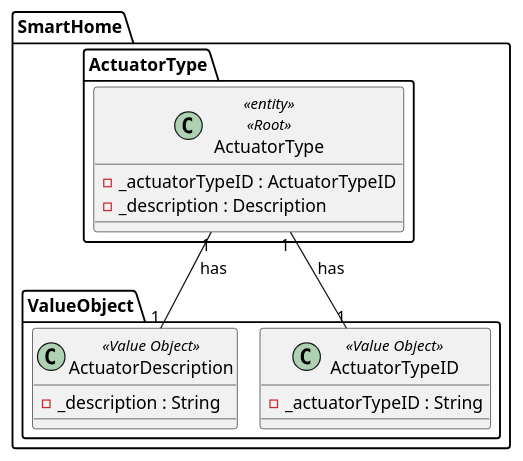
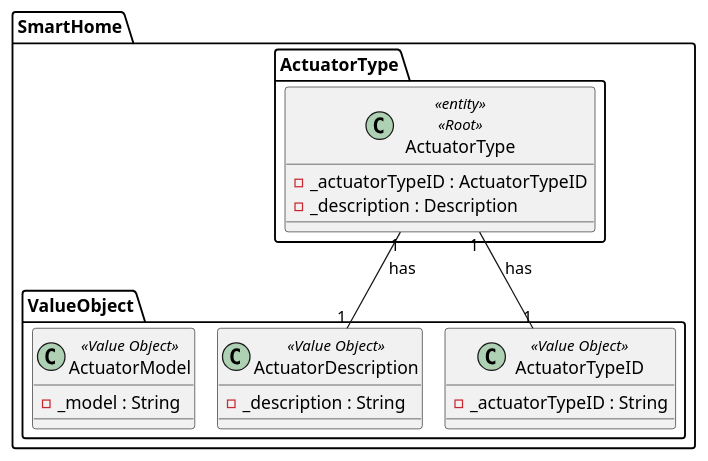
Before and after one commit to olivDiogo/SmartHome: the diagram in docs/general/agreggateModels/actuatorType.puml, drawn with PlantUML. The commit also changed 12 other files, not shown here.

Commit message:
#127 updated diagrams for US04 #59 updated example diagrams

```diff
--- a/docs/general/agreggateModels/actuatorType.puml
+++ b/docs/general/agreggateModels/actuatorType.puml
@@ -1,22 +1,25 @@
 @startuml
 !pragma layout smetana
 
 package SmartHome.ActuatorType {
 class ActuatorType<<entity>><<Root>> {
     - _actuatorTypeID : ActuatorTypeID
     - _description : Description
+
 }
 
 package SmartHome.ValueObject {
 class ActuatorDescription<<Value Object>> {
     - _description : String
 }
 class ActuatorTypeID<<Value Object>> {
     - _actuatorTypeID : String
 }
+class ActuatorModel<<Value Object>> {
+    - _model : String
 }
 
 SmartHome.ActuatorType.ActuatorType "1" -- "1" ActuatorDescription : has
 SmartHome.ActuatorType.ActuatorType "1" -- "1" ActuatorTypeID : has
 
 @enduml
```
